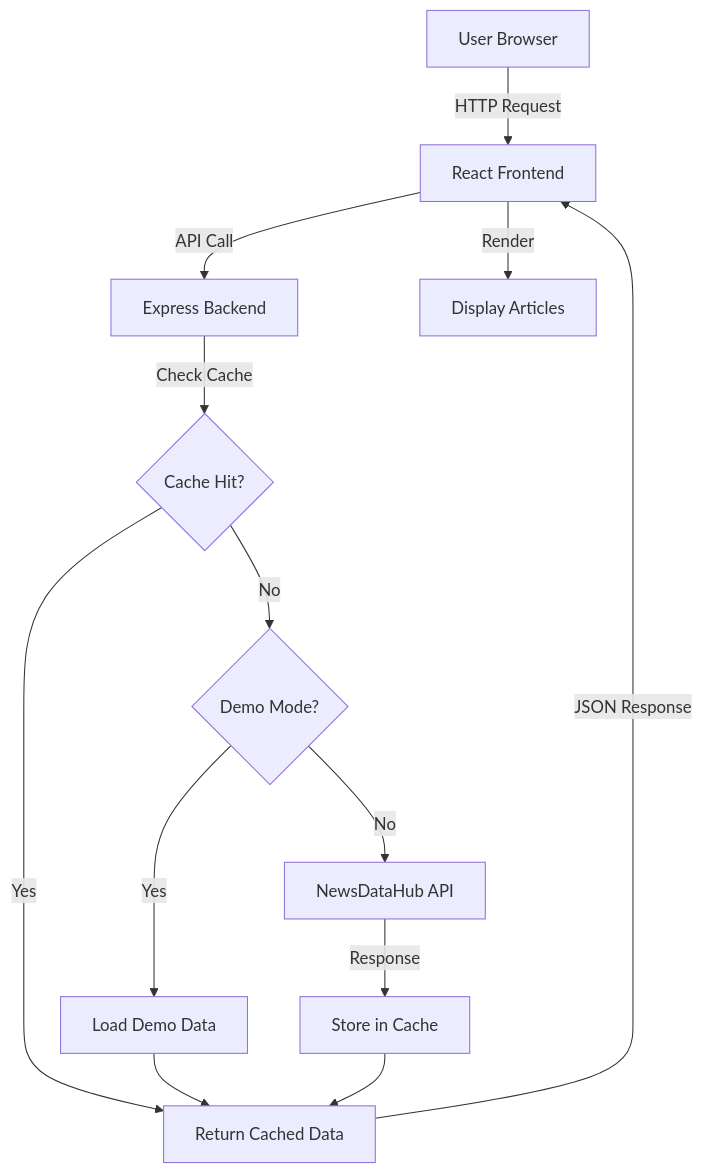
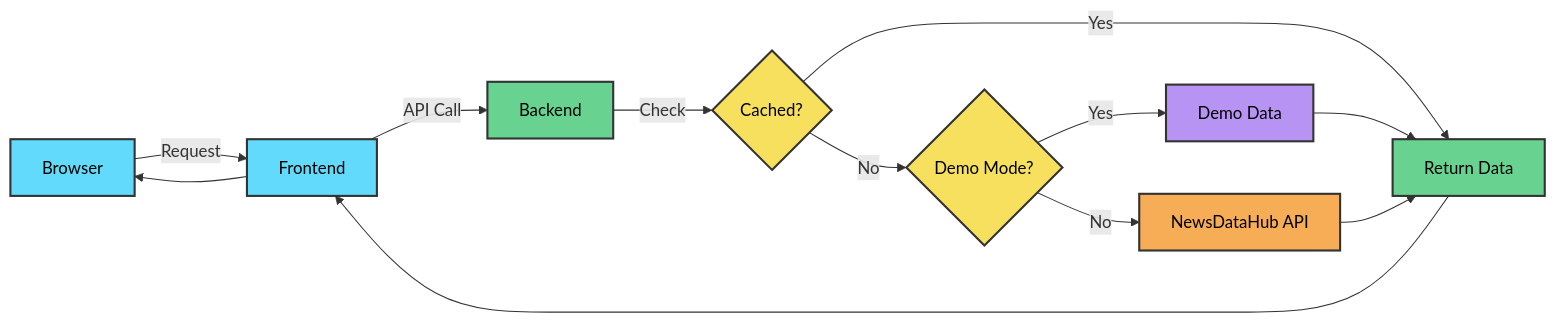
The diagram in README.md (newsdatahub/newsdatahub-news-aggregator), drawn with Mermaid before and after one commit. The commit also changed other lines of this file and 1 other file, not shown here.

````diff
--- a/README.md
+++ b/README.md
@@ -58,15 +66,20 @@
 ```mermaid
-graph TD
-    A[User Browser] -->|HTTP Request| B[React Frontend]
-    B -->|API Call| C[Express Backend]
-    C -->|Check Cache| D{Cache Hit?}
-    D -->|Yes| E[Return Cached Data]
-    D -->|No| F{Demo Mode?}
-    F -->|Yes| G[Load Demo Data]
-    F -->|No| H[NewsDataHub API]
-    H -->|Response| I[Store in Cache]
+graph LR
+    A[Browser]:::blue -->|Request| B[Frontend]:::blue
+    B -->|API Call| C[Backend]:::green
+    C -->|Check| D{Cached?}:::yellow
+    D -->|Yes| E[Return Data]:::green
+    D -->|No| F{Demo Mode?}:::yellow
+    F -->|Yes| G[Demo Data]:::purple
+    F -->|No| H[NewsDataHub API]:::orange
     G --> E
-    I --> E
-    E -->|JSON Response| B
-    B -->|Render| J[Display Articles]
+    H --> E
+    E --> B
+    B --> A
+
+    classDef blue fill:#61DAFB,stroke:#333,stroke-width:2px,color:#000
+    classDef green fill:#68D391,stroke:#333,stroke-width:2px,color:#000
+    classDef yellow fill:#F6E05E,stroke:#333,stroke-width:2px,color:#000
+    classDef purple fill:#B794F4,stroke:#333,stroke-width:2px,color:#000
+    classDef orange fill:#F6AD55,stroke:#333,stroke-width:2px,color:#000
 ```
````
